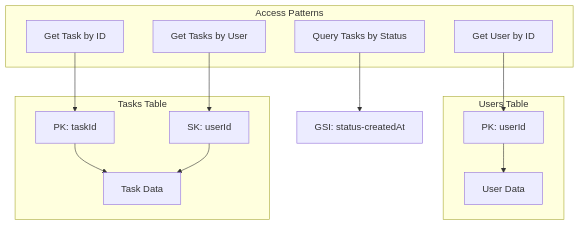
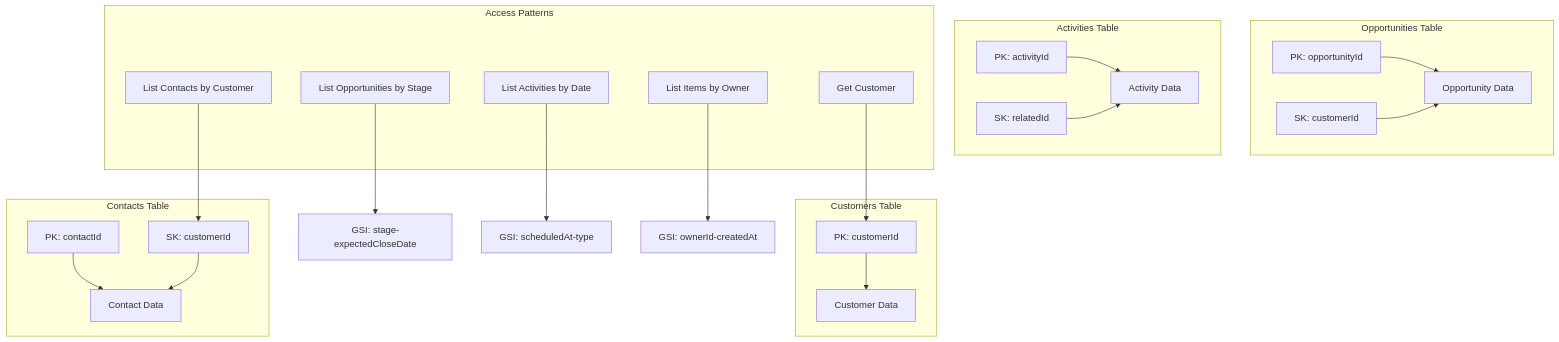
One commit to philkunz/fargate changed the third of 10 diagrams in architecture/data.md. Above: the diagram before and after it, drawn with Mermaid. The commit also changed other lines of this file and 11 other files, not shown here.

Commit message:
feat(documentation): Revamp Zebros CRM serverless architecture documentation with updated diagrams, expanded API, authentication, long-running tasks, data storage, and scaling details

````diff
--- a/architecture/data.md
+++ b/architecture/data.md
@@ -73,26 +104,42 @@
 ```mermaid
 flowchart TD
-    subgraph "Users Table"
-        UPID[PK: userId]
-        UPID --> UData[User Data]
+    subgraph "Customers Table"
+        CPK[PK: customerId]
+        CPK --> CData[Customer Data]
     end
     
-    subgraph "Tasks Table"
-        TPK[PK: taskId]
-        TSK[SK: userId]
-        TPK --> TData[Task Data]
-        TSK --> TData
+    subgraph "Contacts Table"
+        CTPK[PK: contactId]
+        CTSK[SK: customerId]
+        CTPK --> CTData[Contact Data]
+        CTSK --> CTData
+    end
+    
+    subgraph "Opportunities Table"
+        OPK[PK: opportunityId]
+        OSK[SK: customerId]
+        OPK --> OData[Opportunity Data]
+        OSK --> OData
+    end
+    
+    subgraph "Activities Table"
+        APK[PK: activityId]
+        ASK[SK: relatedId]
+        APK --> AData[Activity Data]
+        ASK --> AData
     end
     
     subgraph "Access Patterns"
-        AP1[Get User by ID]
-        AP2[Get Tasks by User]
-        AP3[Get Task by ID]
-        AP4[Query Tasks by Status]
+        AP1[Get Customer]
+        AP2[List Contacts by Customer]
+        AP3[List Opportunities by Stage]
+        AP4[List Activities by Date]
+        AP5[List Items by Owner]
     end
     
-    AP1 --> UPID
-    AP2 --> TSK
-    AP3 --> TPK
-    AP4 --> TGI[GSI: status-createdAt]
+    AP1 --> CPK
+    AP2 --> CTSK
+    AP3 --> OGSI[GSI: stage-expectedCloseDate]
+    AP4 --> AGSI[GSI: scheduledAt-type]
+    AP5 --> CGSI[GSI: ownerId-createdAt]
 ```
````
